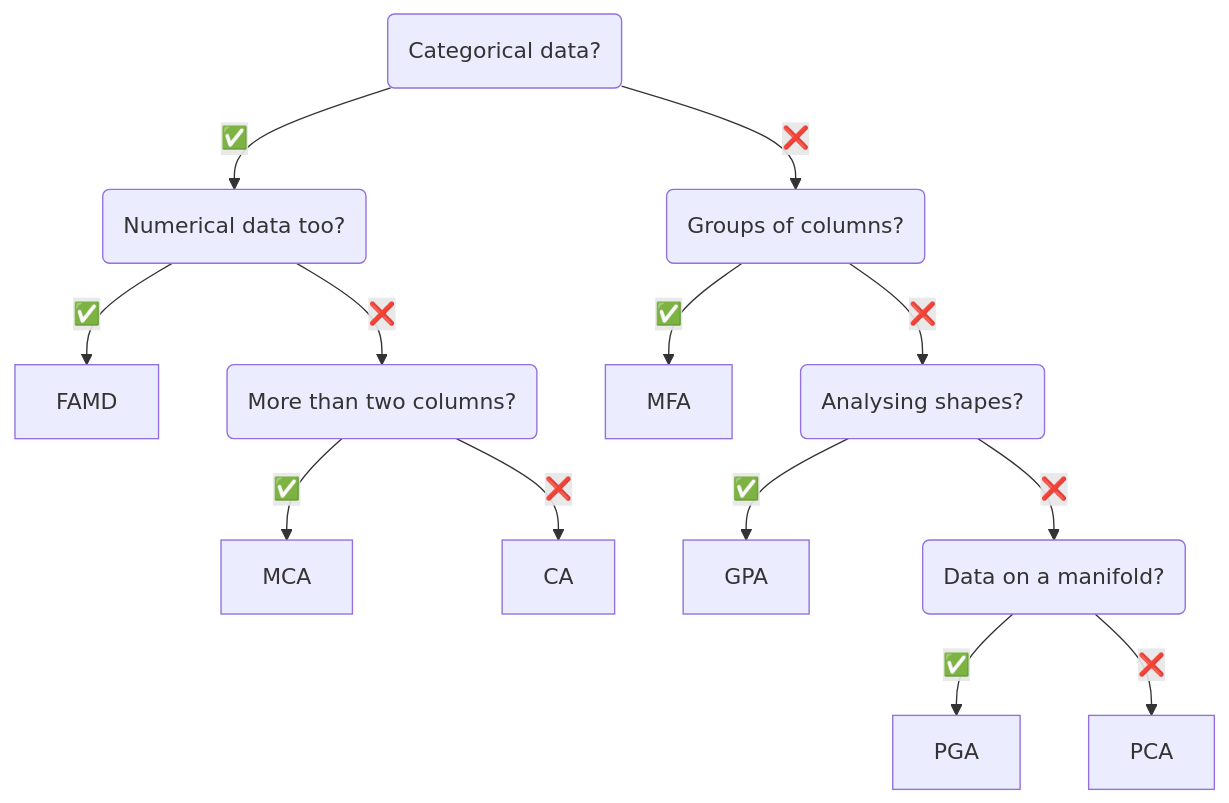
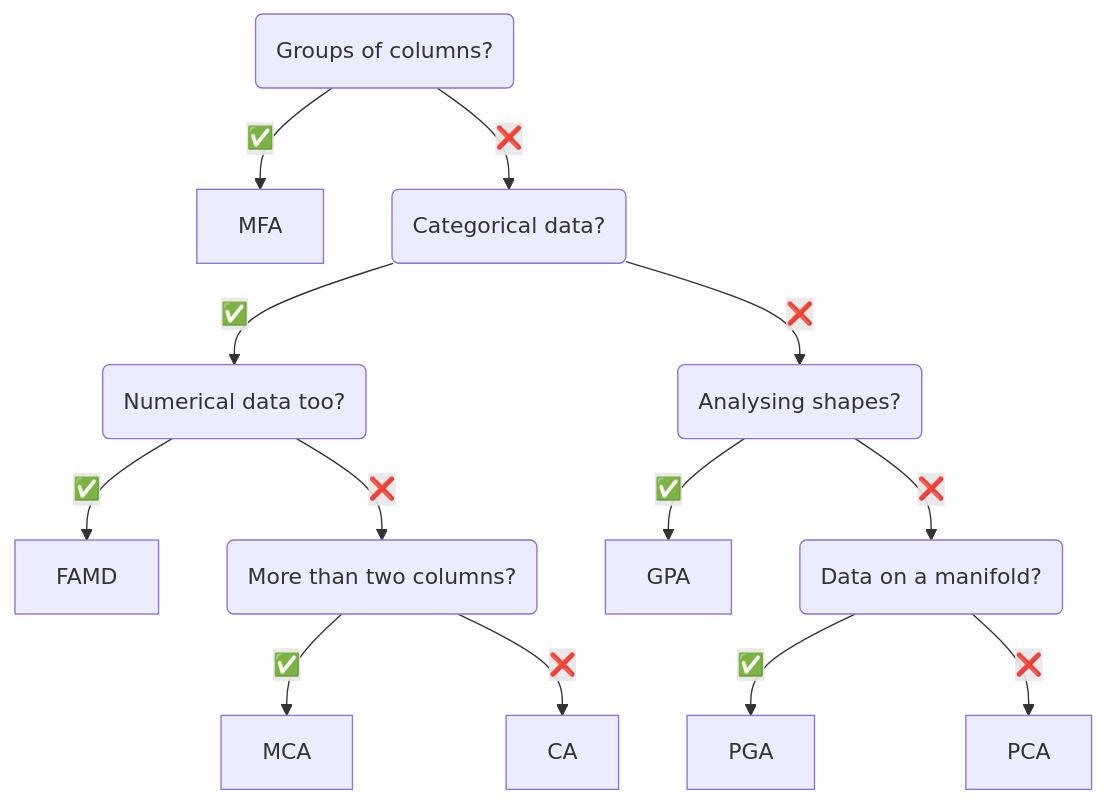
The diagram in README.md (MaxHalford/prince), drawn with Mermaid before and after one commit. The commit also changed 6 other files, not shown here.

First line of the commit message:
Support categorical groups in MFA

````diff
--- a/README.md
+++ b/README.md
@@ -111,15 +111,15 @@
 ```mermaid
 flowchart TD
-    cat?(Categorical data?) --> |"✅"| num_too?(Numerical data too?)
+    groups?(Groups of columns?) --> |"✅"| MFA
+    groups? --> |"❌"| cat?(Categorical data?)
+    cat? --> |"✅"| num_too?(Numerical data too?)
     num_too? --> |"✅"| FAMD
     num_too? --> |"❌"| multiple_cat?(More than two columns?)
     multiple_cat? --> |"✅"| MCA
     multiple_cat? --> |"❌"| CA
-    cat? --> |"❌"| groups?(Groups of columns?)
-    groups? --> |"✅"| MFA
-    groups? --> |"❌"| shapes?(Analysing shapes?)
+    cat? --> |"❌"| shapes?(Analysing shapes?)
     shapes? --> |"✅"| GPA
     shapes? --> |"❌"| manifold?(Data on a manifold?)
     manifold? --> |"✅"| PGA
     manifold? --> |"❌"| PCA
 ```
````
